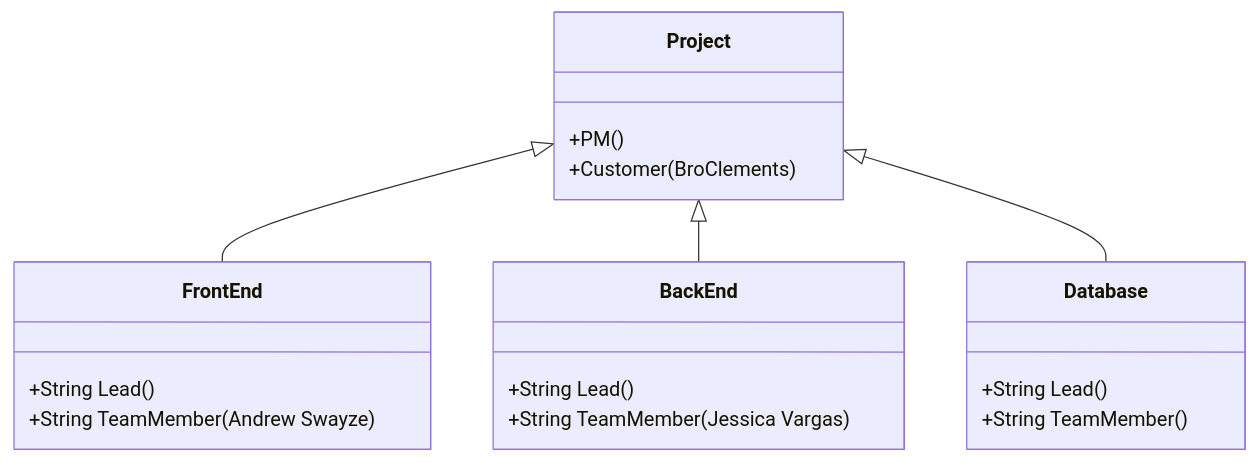
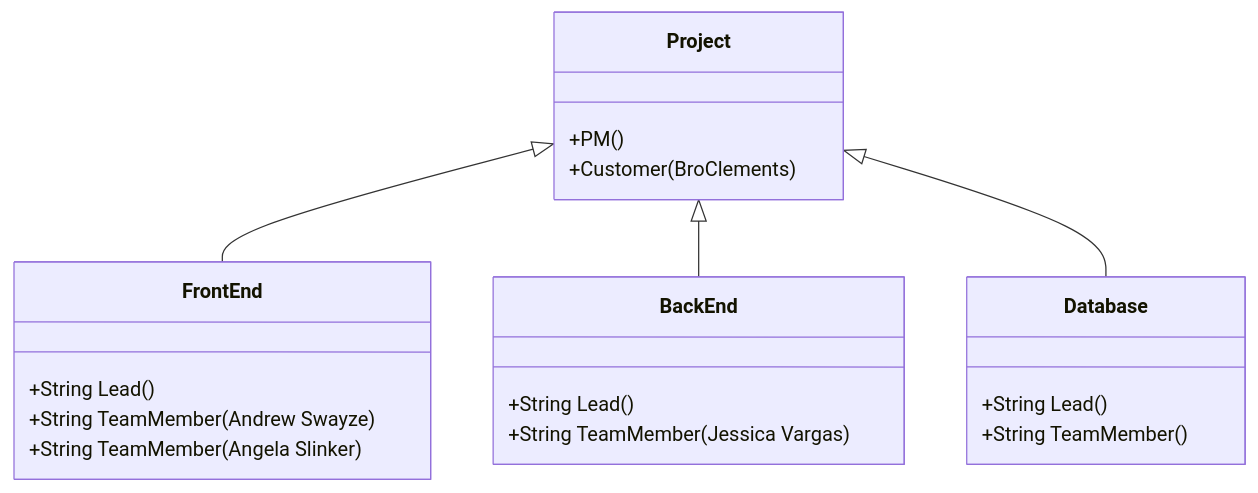
One commit to byui-cse397/2024WinCSE490PCP changed the second of 2 diagrams in ProjectManagement/OrganizationChart/OrganizationChart.md. Above: the diagram before and after it, drawn with Mermaid. The commit also changed other lines of this file, not shown here.

````diff
--- a/ProjectManagement/OrganizationChart/OrganizationChart.md
+++ b/ProjectManagement/OrganizationChart/OrganizationChart.md
@@ -23,20 +23,22 @@
 ```mermaid
 classDiagram
       Project <|-- FrontEnd
       Project <|-- BackEnd
       Project <|-- Database
       Project : +PM()
       Project : +Customer(BroClements)
       class FrontEnd{
           +String Lead()
           +String TeamMember(Andrew Swayze)
+          +String TeamMember(Angela Slinker)
+
       }
       class BackEnd{
           +String Lead()
           +String TeamMember(Jessica Vargas)
       }
       class Database{
           +String Lead()
           +String TeamMember()
       }
 ```
````
